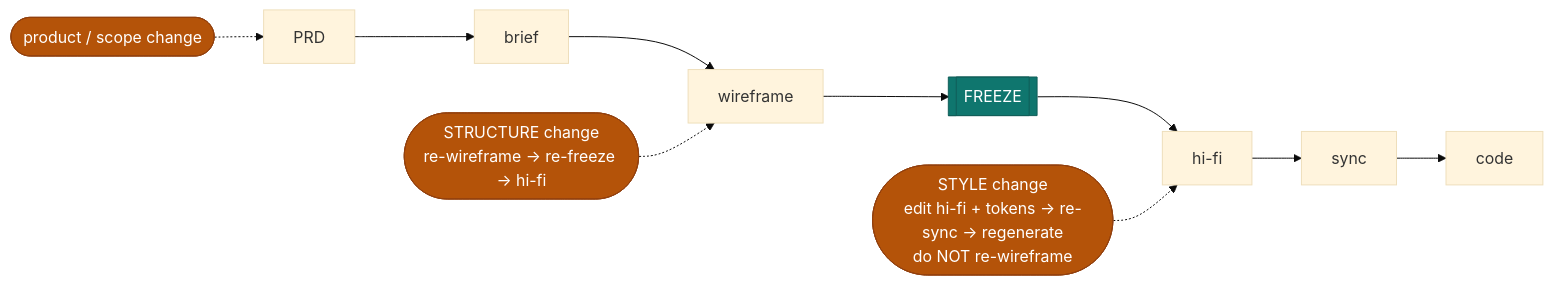
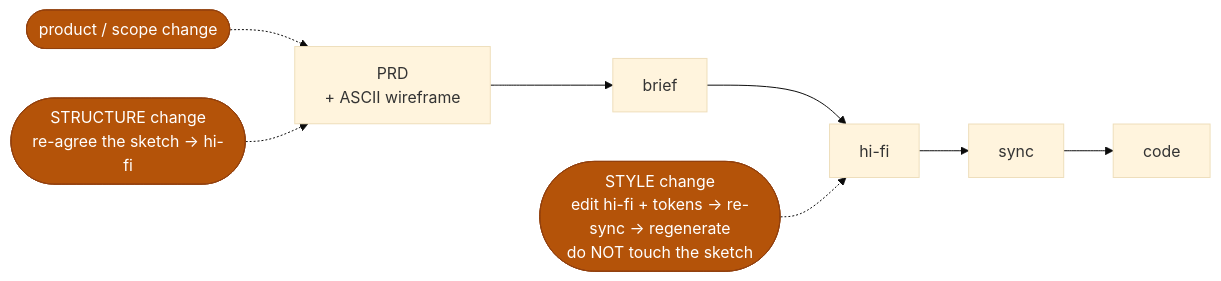
The second of 2 diagrams in PIPELINE.md (milad-alizadeh/argo-plugin), drawn with Mermaid (base theme) before and after one commit. The commit also changed other lines of this file, not shown here.

Commit message:
docs(pipeline): single-seam pipeline — PRD ASCII wireframe replaces wireframe/FREEZE stages

````diff
--- a/PIPELINE.md
+++ b/PIPELINE.md
@@ -98,11 +88,10 @@
 ```mermaid
 flowchart LR
     classDef entry fill:#b45309,color:#fff,stroke:#92400e
-    classDef seam fill:#0f766e,color:#fff,stroke:#115e59
 
-    PRD --> brief --> wf[wireframe] --> FR[["FREEZE"]]:::seam --> hifi[hi-fi] --> sync --> code
+    PRD["PRD<br/>+ ASCII wireframe"] --> brief --> hifi[hi-fi] --> sync --> code
 
     scopeChange(["product / scope change"]):::entry -.-> PRD
-    structChange(["STRUCTURE change<br/>re-wireframe → re-freeze → hi-fi"]):::entry -.-> wf
-    styleChange(["STYLE change<br/>edit hi-fi + tokens → re-sync → regenerate<br/>do NOT re-wireframe"]):::entry -.-> hifi
+    structChange(["STRUCTURE change<br/>re-agree the sketch → hi-fi"]):::entry -.-> PRD
+    styleChange(["STYLE change<br/>edit hi-fi + tokens → re-sync → regenerate<br/>do NOT touch the sketch"]):::entry -.-> hifi
 ```
````
